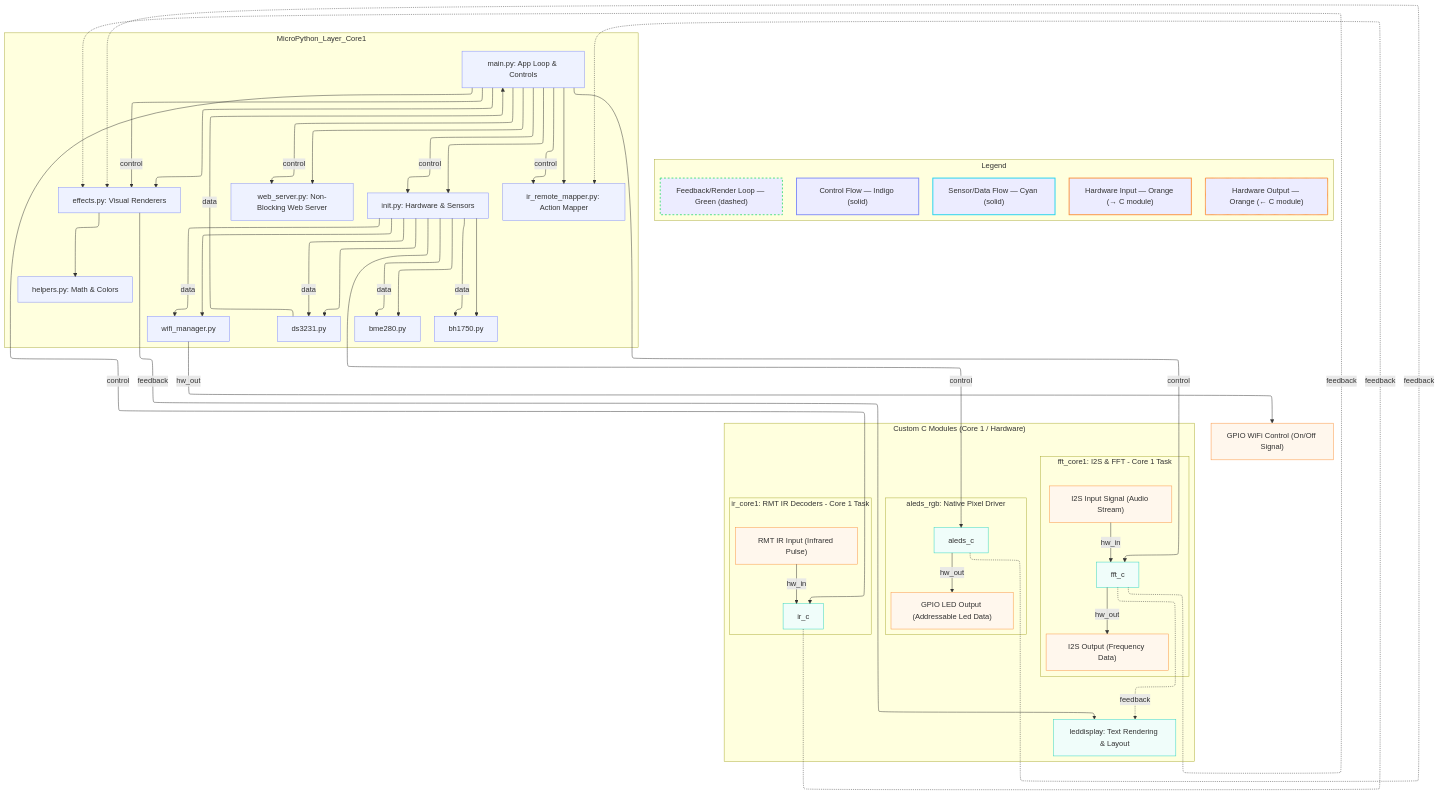
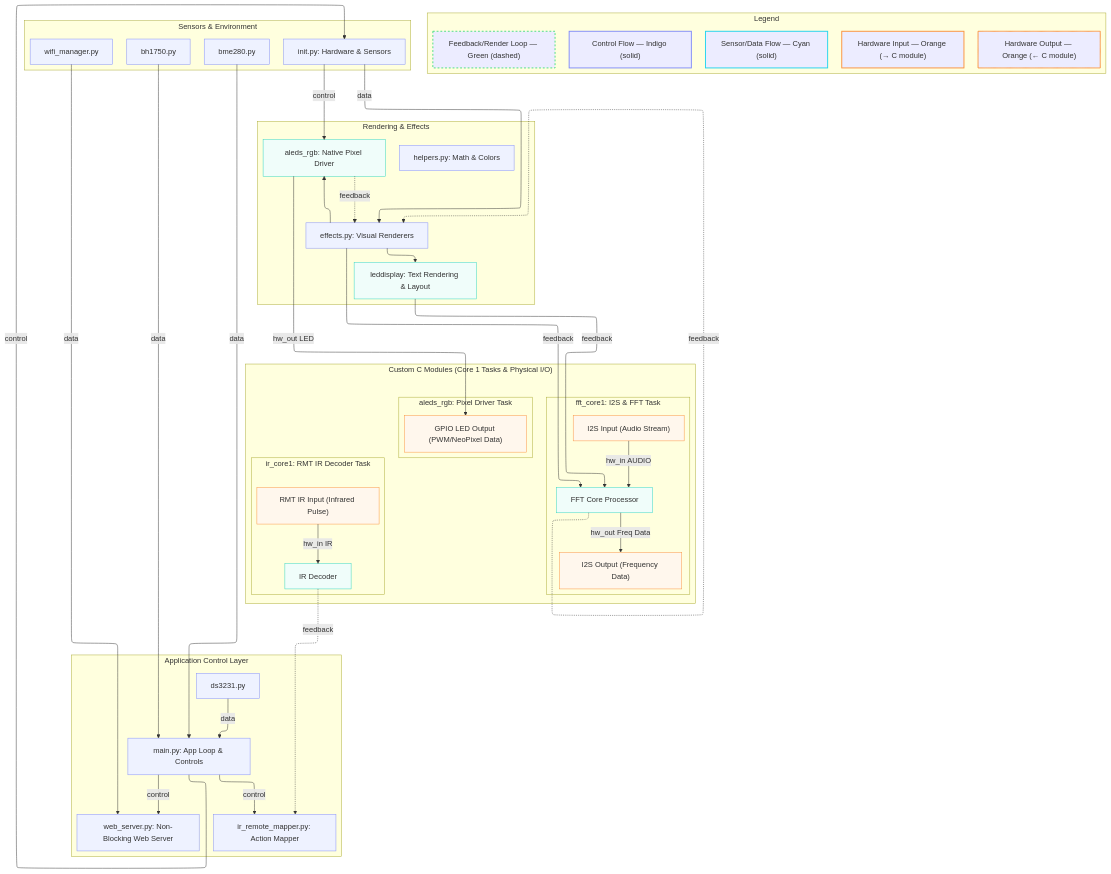
One commit to DigitalApprentice/led_system changed the diagram in README.md. Above: the diagram before and after it, drawn with Mermaid.

````diff
--- a/README.md
+++ b/README.md
@@ -54,5 +54,5 @@
 ```mermaid
-%%{init: {"layout": "elk"}}%%
+%%{init: {"layout": "elk", "themeVariables": {"spacing": 30, "edgeSpacingFactor": 0.6}}}%%
 graph TD;
     %% Legend
     subgraph Legend["Legend"]
@@ -63,79 +63,83 @@
         hw_out["Hardware Output — Orange (← C module)"]
     end
 
-    subgraph MicroPython_Layer_Core1
-        main[main.py: App Loop & Controls] --> init[init.py: Hardware & Sensors]
-        main --> effects[effects.py: Visual Renderers]
-        effects --> helpers[helpers.py: Math & Colors]
-        main --> mapper[ir_remote_mapper.py: Action Mapper]
-        main --> web[web_server.py: Non-Blocking Web Server]
-        init --> wifi[wifi_manager.py]
-        init --> bme[bme280.py]
-        init --> bh[bh1750.py]
-        init --> ds[ds3231.py]
+    %% --- Level 1: Control Layer ---
+    subgraph Control_Layer["Application Control Layer"]
+        main[main.py: App Loop & Controls]
+        mapper[ir_remote_mapper.py: Action Mapper]
+        web[web_server.py: Non-Blocking Web Server]
+        ds[ds3231.py]
     end
 
-    subgraph Custom_C_Modules_Core1["Custom C Modules (Core 1 / Hardware)"]
-        subgraph FFT_Module["fft_core1: I2S & FFT - Core 1 Task"]
-            i2s_input["I2S Input Signal (Audio Stream)"] -->|hw_in| fft_c
-            fft_c -->|hw_out| i2s_output["I2S Output (Frequency Data)"]
-        end
-
-        subgraph IR_Module["ir_core1: RMT IR Decoders - Core 1 Task"]
-            rmt_input["RMT IR Input (Infrared Pulse)"] -->|hw_in| ir_c
-        end
-
-        subgraph ALEDs_Module["aleds_rgb: Native Pixel Driver"]
-            aleds_c -->|hw_out| gpio_led["GPIO LED Output (Addressable Led Data)"]
-        end
-
-        leddisplay_c[leddisplay: Text Rendering & Layout]
+    %% --- Level 2: Sensor Layer ---
+    subgraph Sensor_Layer["Sensors & Environment"]
+        init[init.py: Hardware & Sensors]
+        wifi[wifi_manager.py]
+        bme[bme280.py]
+        bh[bh1750.py]
     end
 
-    %% External hardware from Python layer
-    gpio_wifi["GPIO WiFi Control (On/Off Signal)"]
-    wifi -->|hw_out| gpio_wifi
+    %% --- Level 3: Rendering Layer ---
+    subgraph Rendering_Layer["Rendering & Effects"]
+        effects[effects.py: Visual Renderers]
+        helpers[helpers.py: Math & Colors]
+        leddisplay_c[leddisplay: Text Rendering & Layout]
+        aleds_c[aleds_rgb: Native Pixel Driver]
+    end
 
-    %% Control flow (indigo)
+    %% --- Level 4: Hardware Layer ---
+    subgraph Hardware_Layer["Custom C Modules (Core 1 Tasks & Physical I/O)"]
+        subgraph FFT_Module["fft_core1: I2S & FFT Task"]
+            i2s_input["I2S Input (Audio Stream)"] -->|hw_in AUDIO| fft_c[FFT Core Processor]
+            fft_c -->|hw_out Freq Data| i2s_output["I2S Output (Frequency Data)"]
+        end
+        subgraph IR_Module["ir_core1: RMT IR Decoder Task"]
+            rmt_input["RMT IR Input (Infrared Pulse)"] -->|hw_in IR| ir_c[IR Decoder]
+        end
+        subgraph LED_Module["aleds_rgb: Pixel Driver Task"]
+            aleds_c -->|hw_out LED| gpio_led["GPIO LED Output (PWM/NeoPixel Data)"]
+        end
+    end
+
+    %% --- Connection Flow (Top-down) ---
+    %% Control → Sensors
     main -->|control| init
-    main -->|control| effects
     main -->|control| mapper
     main -->|control| web
-    main -->|control| fft_c
-    main -->|control| ir_c
     init -->|control| aleds_c
 
-    %% Sensor/data flow (cyan)
-    init -->|data| wifi
-    init -->|data| bme
-    init -->|data| bh
-    init -->|data| ds
+    %% Sensors → Rendering
+    init -->|data| effects
+    wifi -->|data| web
+    bme -->|data| main
+    bh -->|data| main
     ds -->|data| main
 
-    %% Feedback loops (green dashed)
-    effects -->|feedback| leddisplay_c
+    %% Rendering → Hardware
+    effects --> leddisplay_c
+    effects --> aleds_c
+    effects -->|feedback| fft_c
+    leddisplay_c -->|feedback| fft_c
+
+    %% Hardware → Input Feedback
     fft_c -.->|feedback| effects
+    ir_c -.->|feedback| mapper
     aleds_c -.->|feedback| effects
-    fft_c -.->|feedback| leddisplay_c
-    ir_c -.->|feedback| mapper
 
-    %% Node color definitions
+    %% Styling
     classDef python fill:#eef2ff,stroke:#818cf8
     classDef cmod fill:#f0fdfa,stroke:#2dd4bf
     classDef hardware fill:#fff7ed,stroke:#fb923c
-
-    class main,init,effects,helpers,mapper,web,wifi,bme,bh,ds python
-    class leddisplay_c,fft_c,ir_c,aleds_c cmod
-    class i2s_input,i2s_output,rmt_input,gpio_led,gpio_wifi hardware
-
-    %% Flow color definitions
     classDef control stroke:#818cf8,stroke-width:2px
     classDef data stroke:#22d3ee,stroke-width:2px
     classDef feedback stroke:#4ade80,stroke-dasharray:4 4,stroke-width:2px
     classDef hw_in stroke:#fb923c,stroke-width:2px
     classDef hw_out stroke:#fb923c,stroke-width:2px,stroke-dasharray:2 0
 
-    %% Legend color mapping
+    class main,mapper,web,ds,init,wifi,bme,bh,effects,helpers python
+    class fft_c,ir_c,aleds_c,leddisplay_c cmod
+    class i2s_input,i2s_output,rmt_input,gpio_led hardware
+
     class ctrl control
     class data data
     class fb feedback
````
